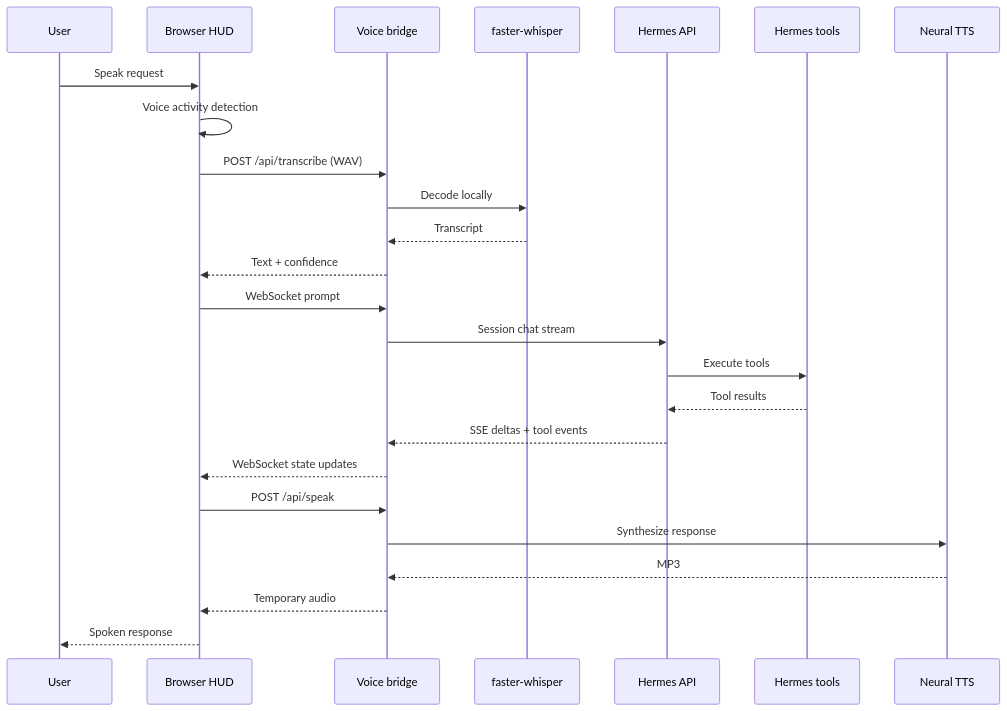
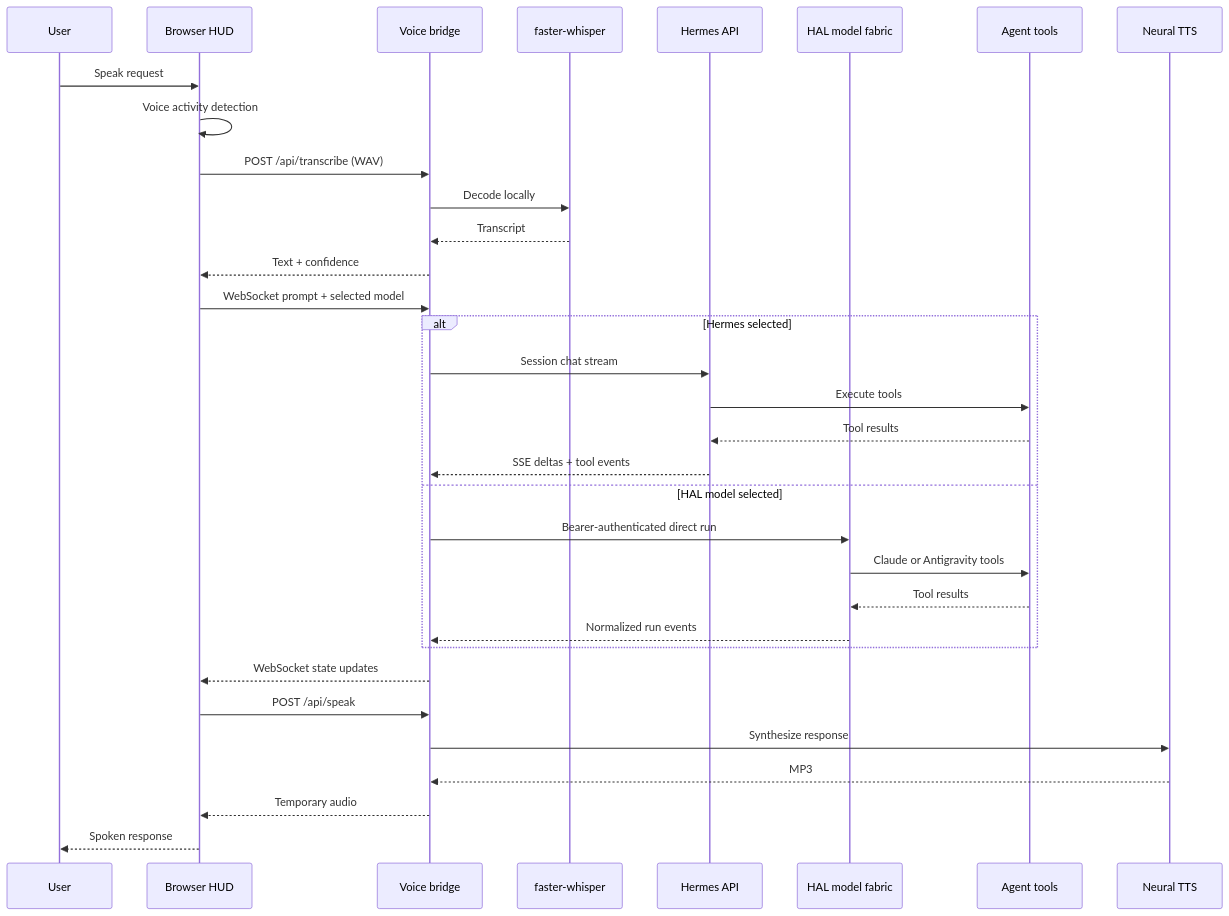
The first of 2 diagrams in docs/architecture.md (tfcollins/hermes-voice), drawn with Mermaid before and after one commit. The commit also changed other lines of this file and 17 other files, not shown here.

Commit message:
feat: add HAL model fabric integration

````diff
--- a/docs/architecture.md
+++ b/docs/architecture.md
@@ -7,28 +7,36 @@
 ```mermaid
 sequenceDiagram
     participant U as User
     participant B as Browser HUD
     participant V as Voice bridge
     participant W as faster-whisper
     participant H as Hermes API
-    participant T as Hermes tools
+    participant HAL as HAL model fabric
+    participant T as Agent tools
     participant S as Neural TTS
 
     U->>B: Speak request
     B->>B: Voice activity detection
     B->>V: POST /api/transcribe (WAV)
     V->>W: Decode locally
     W-->>V: Transcript
     V-->>B: Text + confidence
-    B->>V: WebSocket prompt
-    V->>H: Session chat stream
-    H->>T: Execute tools
-    T-->>H: Tool results
-    H-->>V: SSE deltas + tool events
+    B->>V: WebSocket prompt + selected model
+    alt Hermes selected
+        V->>H: Session chat stream
+        H->>T: Execute tools
+        T-->>H: Tool results
+        H-->>V: SSE deltas + tool events
+    else HAL model selected
+        V->>HAL: Bearer-authenticated direct run
+        HAL->>T: Claude or Antigravity tools
+        T-->>HAL: Tool results
+        HAL-->>V: Normalized run events
+    end
     V-->>B: WebSocket state updates
     B->>V: POST /api/speak
     V->>S: Synthesize response
     S-->>V: MP3
     V-->>B: Temporary audio
     B-->>U: Spoken response
 ```
````
